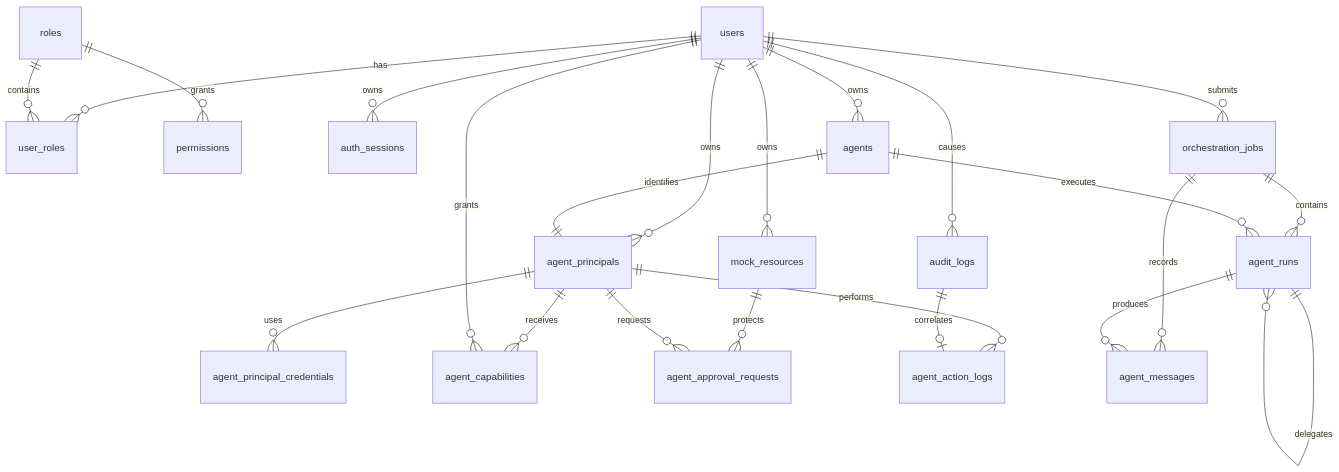
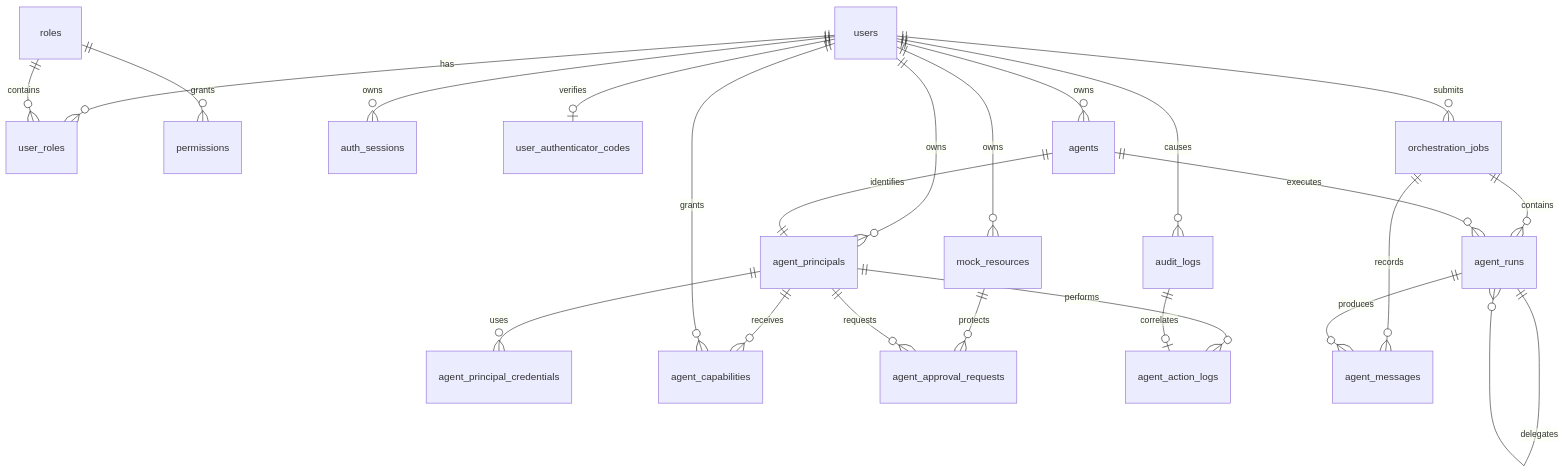
Before and after one commit to Zerius7733/tictac-techjam: the diagram in MIDDLEWARE_DATABASE_SCHEMA.md, drawn with Mermaid. The commit also changed other lines of this file and 18 other files, not shown here.

````diff
--- a/MIDDLEWARE_DATABASE_SCHEMA.md
+++ b/MIDDLEWARE_DATABASE_SCHEMA.md
@@ -87,25 +88,26 @@
 ```mermaid
 erDiagram
     users ||--o{ user_roles : has
     roles ||--o{ user_roles : contains
     roles ||--o{ permissions : grants
     users ||--o{ auth_sessions : owns
     users ||--o{ audit_logs : causes
+    users ||--o| user_authenticator_codes : verifies
     users ||--o{ agents : owns
     users ||--o{ agent_principals : owns
     agents ||--|| agent_principals : identifies
     agent_principals ||--o{ agent_principal_credentials : uses
     agent_principals ||--o{ agent_capabilities : receives
     users ||--o{ agent_capabilities : grants
     users ||--o{ mock_resources : owns
     mock_resources ||--o{ agent_approval_requests : protects
     agent_principals ||--o{ agent_approval_requests : requests
     agent_principals ||--o{ agent_action_logs : performs
     audit_logs ||--o| agent_action_logs : correlates
     users ||--o{ orchestration_jobs : submits
     orchestration_jobs ||--o{ agent_runs : contains
     agents ||--o{ agent_runs : executes
     agent_runs ||--o{ agent_runs : delegates
     orchestration_jobs ||--o{ agent_messages : records
     agent_runs ||--o{ agent_messages : produces
 ```
````
